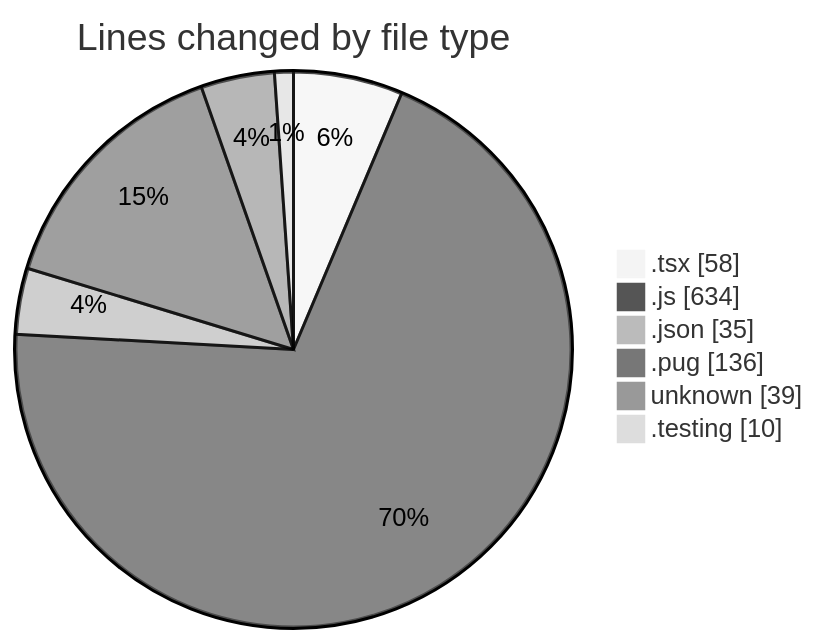
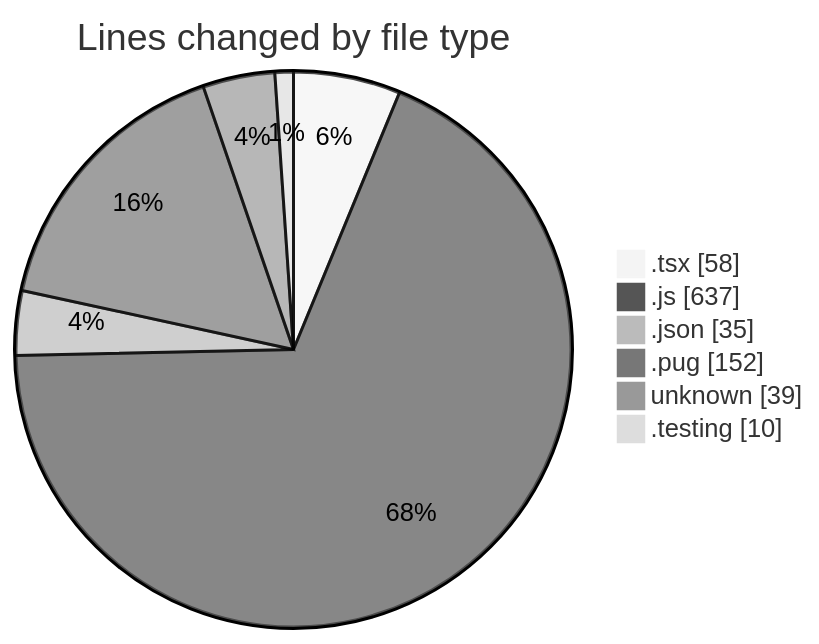
The first of 2 diagrams in 2025-03-07/cda/README.md (momahboobian/code-tracking), drawn with Mermaid (neutral theme) before and after one commit. The commit also changed other lines of this file and 1 other file, not shown here.

````diff
--- a/2025-03-07/cda/README.md
+++ b/2025-03-07/cda/README.md
@@ -27,10 +27,10 @@
 ```mermaid
 pie showData
 title Lines changed by file type
 ".tsx" : 58
-".js" : 634
+".js" : 637
 ".json" : 35
-".pug" : 136
+".pug" : 152
 "unknown" : 39
 ".testing" : 10
 ```
````
